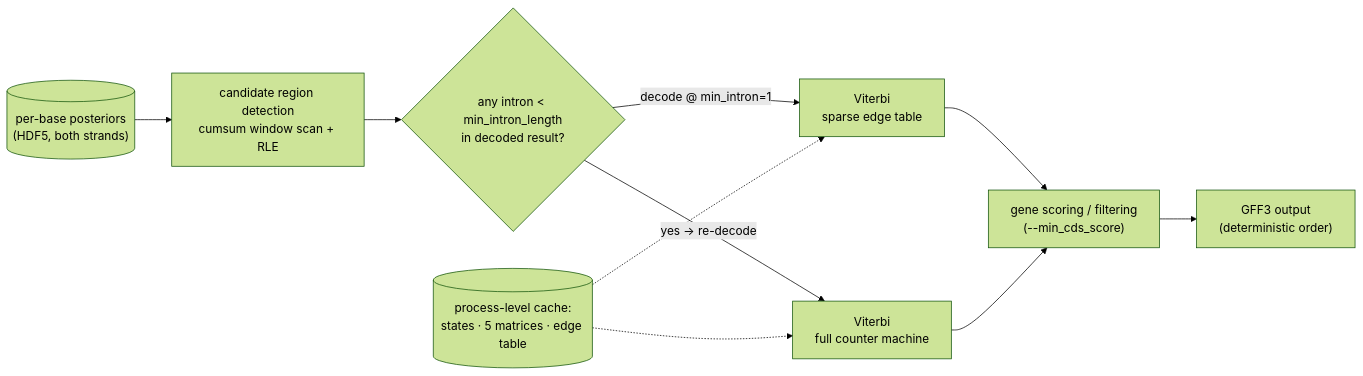
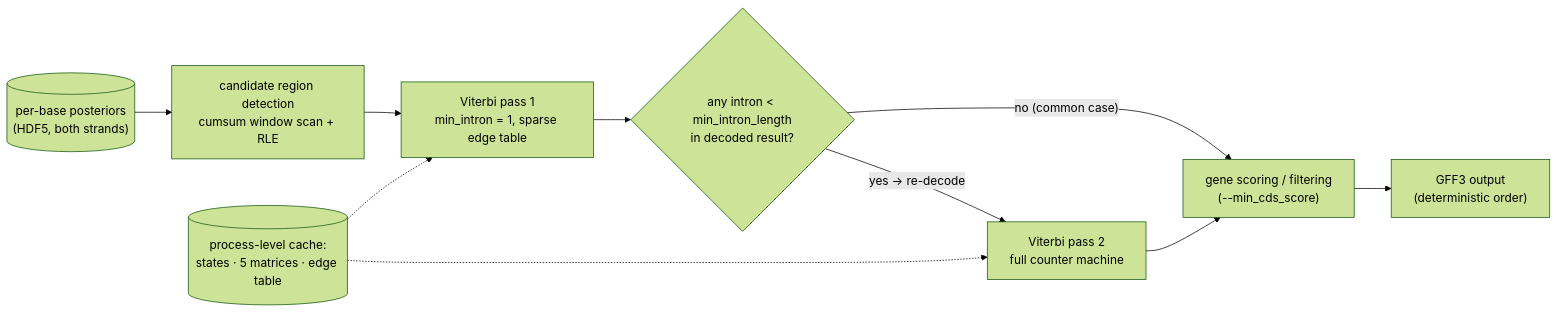
One commit to wellcover/ANNEVO-fast changed the first of 2 diagrams in docs/decoding-internals.md. Above: the diagram before and after it, drawn with Mermaid (forest theme). The commit also changed other lines of this file, not shown here.

Commit message:
docs: review fixes — correct class-order/permutation explanation, rewrite phase-tracking paragraph with verified transitions, fix pipeline diagram control flow, mark unchanged stage

````diff
--- a/docs/decoding-internals.md
+++ b/docs/decoding-internals.md
@@ -53,13 +59,13 @@
 ```mermaid
 flowchart LR
     H[("per-base posteriors<br/>(HDF5, both strands)")] --> R["candidate region detection<br/>cumsum window scan + RLE"]
-    R --> P{"any intron &lt; min_intron_length<br/>in decoded result?"}
-    P -- "decode @ min_intron=1" --> V1["Viterbi<br/>sparse edge table"]
-    P -- "yes → re-decode" --> V2["Viterbi<br/>full counter machine"]
-    V1 --> S["gene scoring / filtering<br/>(--min_cds_score)"]
+    R --> V1["Viterbi pass 1<br/>min_intron = 1, sparse edge table"]
+    V1 --> P{"any intron &lt; min_intron_length<br/>in decoded result?"}
+    P -- "no (common case)" --> S["gene scoring / filtering<br/>(--min_cds_score)"]
+    P -- "yes → re-decode" --> V2["Viterbi pass 2<br/>full counter machine"]
     V2 --> S
     C[("process-level cache:<br/>states · 5 matrices · edge table")]
     C -.-> V1
     C -.-> V2
     S --> G["GFF3 output<br/>(deterministic order)"]
 ```
````
